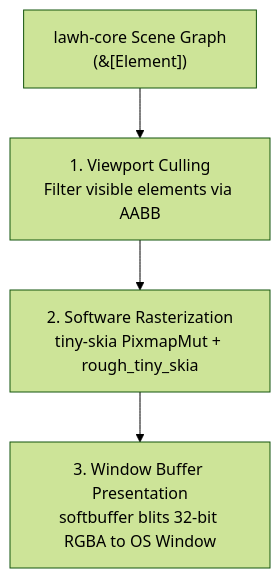
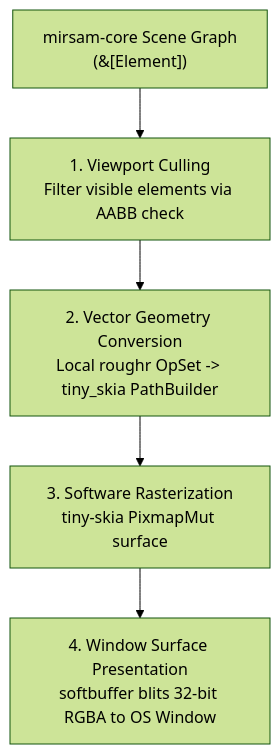
The diagram in docs/architecture/rendering.md (ofuqq/lawh), drawn with Mermaid (forest theme) before and after one commit. The commit also changed other lines of this file and 58 other files, not shown here.

First line of the commit message:
chore: bootstrap mirsam project foundations, governance, and architecture

````diff
--- a/docs/architecture/rendering.md
+++ b/docs/architecture/rendering.md
@@ -12,6 +12,7 @@
 ```mermaid
 flowchart TD
-    Scene["lawh-core Scene Graph<br/>(&[Element])"] --> Cull["1. Viewport Culling<br/>Filter visible elements via AABB"]
-    Cull --> Raster["2. Software Rasterization<br/>tiny-skia PixmapMut + rough_tiny_skia"]
-    Raster --> Blit["3. Window Buffer Presentation<br/>softbuffer blits 32-bit RGBA to OS Window"]
+    Scene["mirsam-core Scene Graph<br/>(&[Element])"] --> Cull["1. Viewport Culling<br/>Filter visible elements via AABB check"]
+    Cull --> Convert["2. Vector Geometry Conversion<br/>Local roughr OpSet -> tiny_skia PathBuilder"]
+    Convert --> Raster["3. Software Rasterization<br/>tiny-skia PixmapMut surface"]
+    Raster --> Blit["4. Window Surface Presentation<br/>softbuffer blits 32-bit RGBA to OS Window"]
 ```
````
